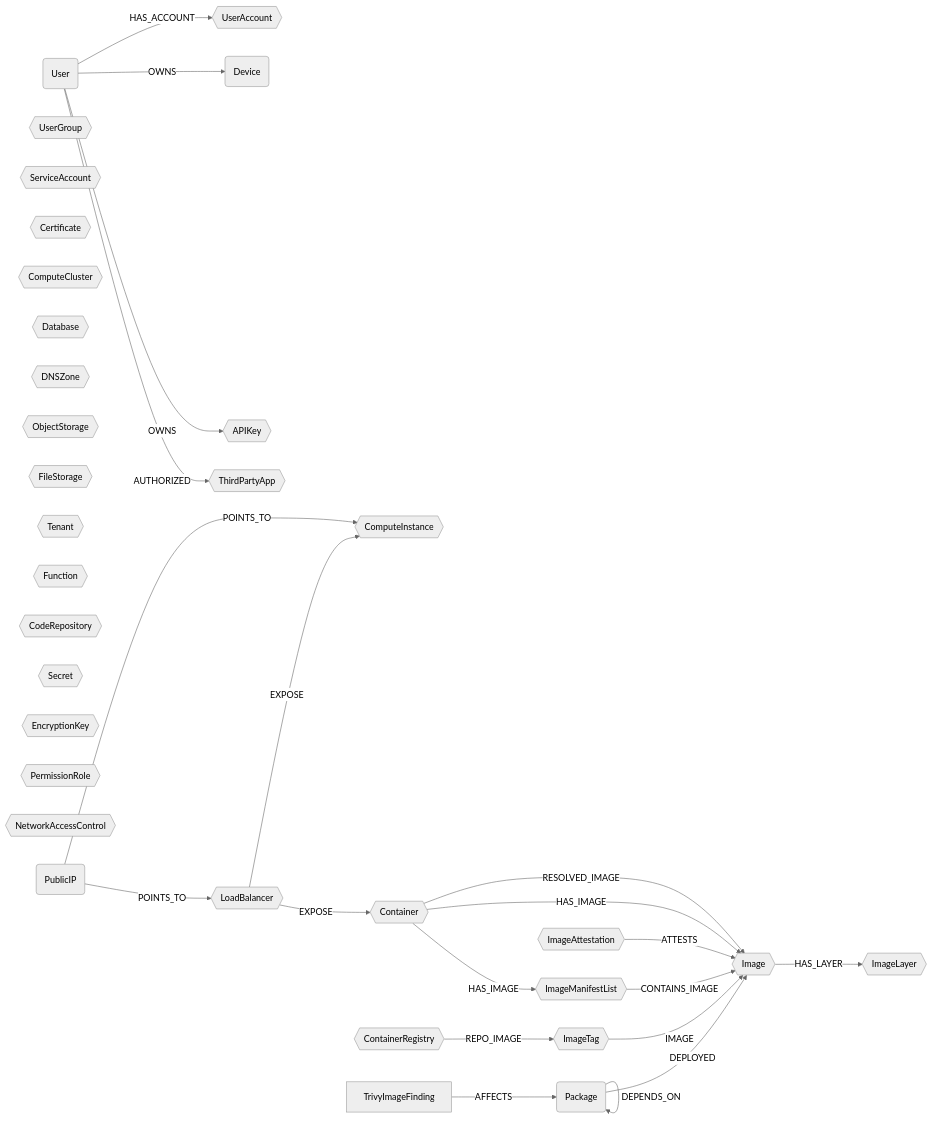
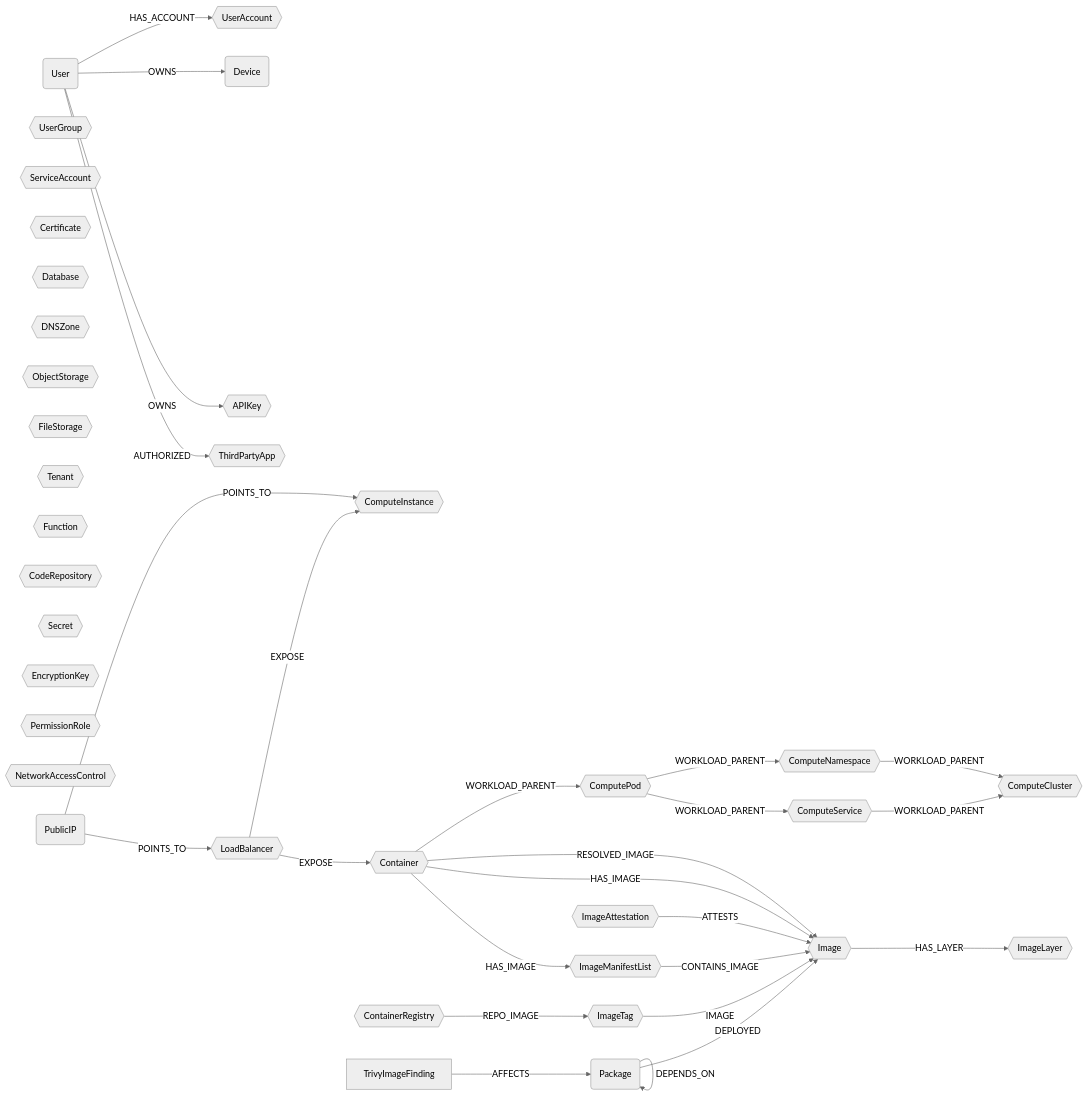
Before and after one commit to cartography-cncf/cartography: the diagram in docs/root/modules/ontology/schema.md, drawn with Mermaid (neutral theme). The commit also changed other lines of this file, not shown here.

First line of the commit message:
docs(ontology): document ComputeService, ComputeNamespace, and ComputePod

````diff
--- a/docs/root/modules/ontology/schema.md
+++ b/docs/root/modules/ontology/schema.md
@@ -6,38 +6,46 @@
 ```mermaid
 graph LR
 
 U(User) -- HAS_ACCOUNT --> UA{{UserAccount}}
 U -- OWNS --> CC(Device)
 U -- OWNS --> AK{{APIKey}}
 U -- AUTHORIZED --> OA{{ThirdPartyApp}}
 UG{{UserGroup}}
 SA{{ServiceAccount}}
 CERT{{Certificate}}
 LB{{LoadBalancer}} -- EXPOSE --> CI{{ComputeInstance}}
 LB{{LoadBalancer}} -- EXPOSE --> CT{{Container}}
 CL{{ComputeCluster}}
+CS{{ComputeService}}
+CNS{{ComputeNamespace}}
+CP{{ComputePod}}
+CT -- WORKLOAD_PARENT --> CP
+CP -- WORKLOAD_PARENT --> CS
+CP -- WORKLOAD_PARENT --> CNS
+CS -- WORKLOAD_PARENT --> CL
+CNS -- WORKLOAD_PARENT --> CL
 DB{{Database}}
 DZ{{DNSZone}}
 OS{{ObjectStorage}}
 FS{{FileStorage}}
 TN{{Tenant}}
 FN{{Function}}
 REPO{{CodeRepository}}
 SC{{Secret}}
 EK{{EncryptionKey}}
 PR{{PermissionRole}}
 NAC{{NetworkAccessControl}}
 PIP(PublicIP) -- POINTS_TO --> LB
 PIP -- POINTS_TO --> CI
 PKG(Package) -- DEPLOYED --> IM{{Image}}
 PKG -- DEPENDS_ON --> PKG
 F[TrivyImageFinding] -- AFFECTS --> PKG
 CR{{ContainerRegistry}} -- REPO_IMAGE --> IT{{ImageTag}}
 IT -- IMAGE --> IM
 IML{{ImageManifestList}} -- CONTAINS_IMAGE --> IM
 IA{{ImageAttestation}} -- ATTESTS --> IM
 IM -- HAS_LAYER --> IL{{ImageLayer}}
 CT -- HAS_IMAGE --> IM
 CT -- HAS_IMAGE --> IML
 CT -- RESOLVED_IMAGE --> IM
 ```
````
